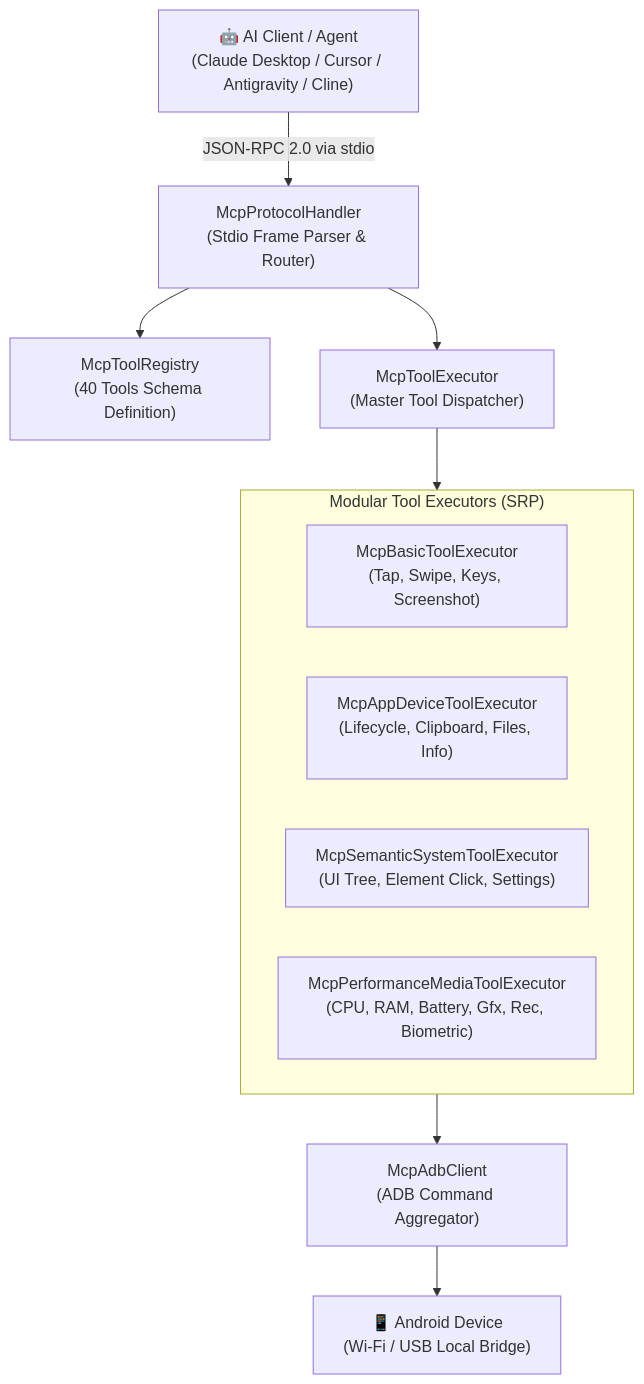
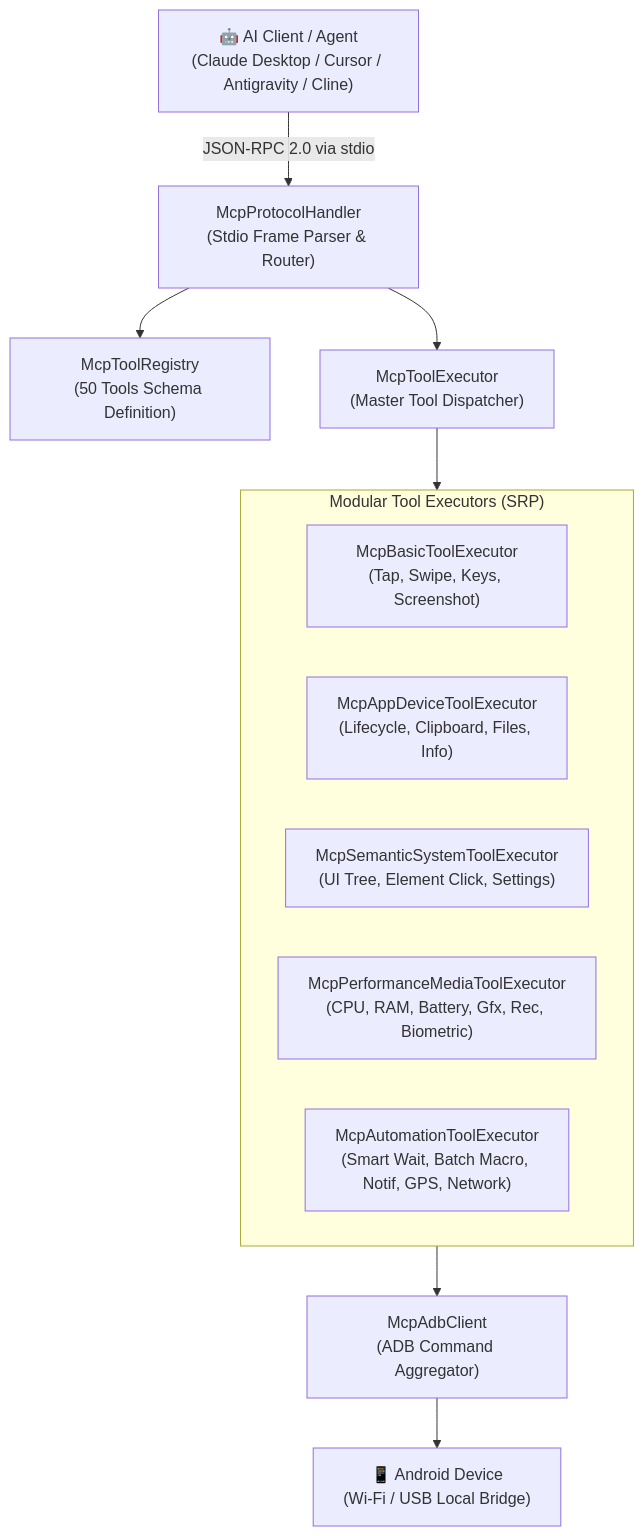
One commit to az-coder-123/azdroid changed the diagram in docs/features/mcp-ai-agent-server.md. Above: the diagram before and after it, drawn with Mermaid. The commit also changed other lines of this file and 9 other files, not shown here.

Commit message:
feat(mcp): add Phase 4 automation, smart wait, batch macro, notifications, and mock GPS tools (50 tools total)

````diff
--- a/docs/features/mcp-ai-agent-server.md
+++ b/docs/features/mcp-ai-agent-server.md
@@ -17,17 +17,18 @@
 ```mermaid
 flowchart TD
     AI["🤖 AI Client / Agent\n(Claude Desktop / Cursor / Antigravity / Cline)"] -->|JSON-RPC 2.0 via stdio| Handler["McpProtocolHandler\n(Stdio Frame Parser & Router)"]
-    Handler --> Registry["McpToolRegistry\n(40 Tools Schema Definition)"]
+    Handler --> Registry["McpToolRegistry\n(50 Tools Schema Definition)"]
     Handler --> Executor["McpToolExecutor\n(Master Tool Dispatcher)"]
 
     subgraph SubExecutors ["Modular Tool Executors (SRP)"]
         E1["McpBasicToolExecutor\n(Tap, Swipe, Keys, Screenshot)"]
         E2["McpAppDeviceToolExecutor\n(Lifecycle, Clipboard, Files, Info)"]
         E3["McpSemanticSystemToolExecutor\n(UI Tree, Element Click, Settings)"]
         E4["McpPerformanceMediaToolExecutor\n(CPU, RAM, Battery, Gfx, Rec, Biometric)"]
+        E5["McpAutomationToolExecutor\n(Smart Wait, Batch Macro, Notif, GPS, Network)"]
     end
 
     Executor --> SubExecutors
     SubExecutors --> Client["McpAdbClient\n(ADB Command Aggregator)"]
     Client --> Phone["📱 Android Device\n(Wi-Fi / USB Local Bridge)"]
 ```
````
